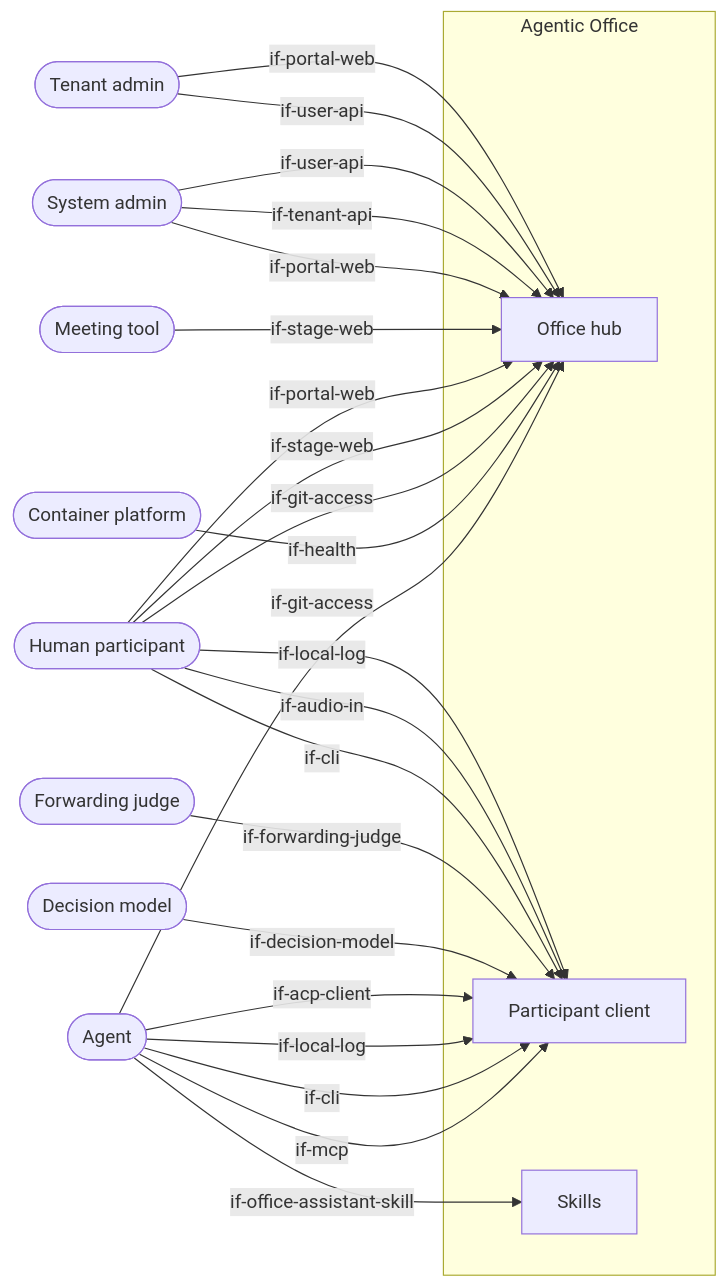
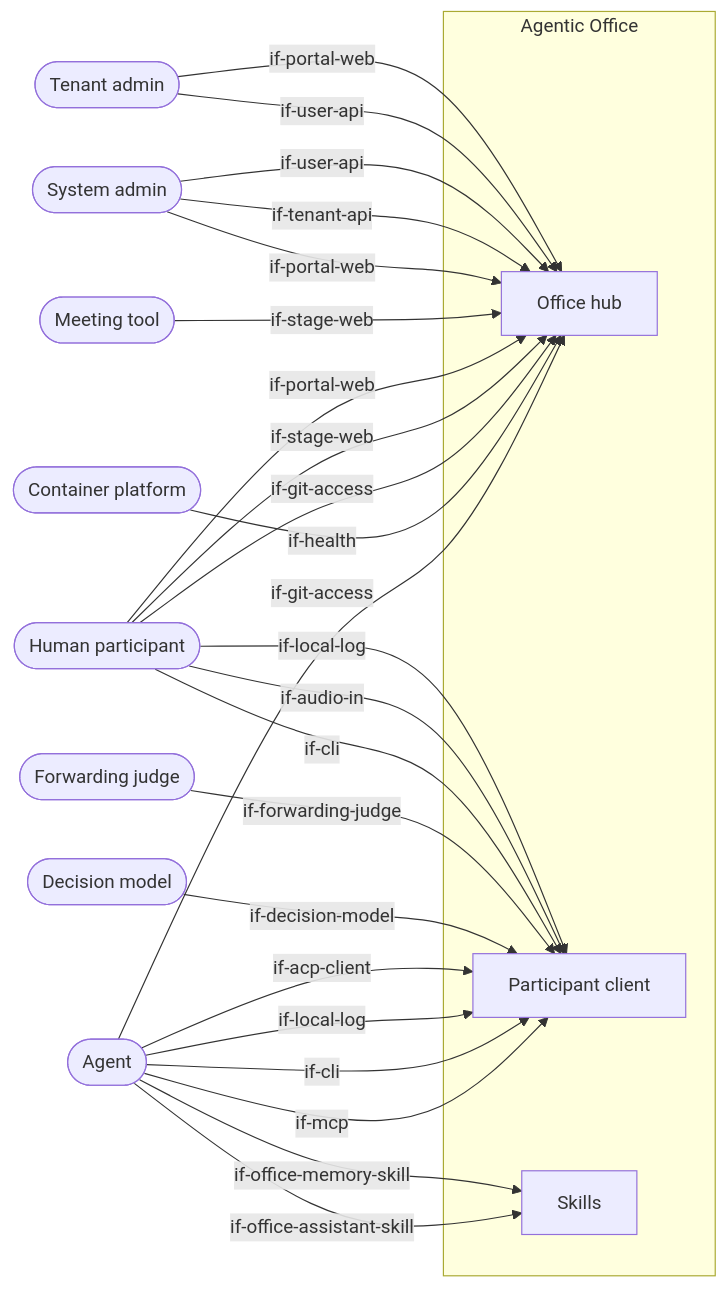
Before and after one commit to mrsimpson/agentic-office: the diagram in docs/architecture/03-system-context.arc42.md, drawn with Mermaid. The commit also changed other lines of this file and 16 other files, not shown here.

First line of the commit message:
feat(agentrunner): hand the office-memory skill to the harness (#222)

````diff
--- a/docs/architecture/03-system-context.arc42.md
+++ b/docs/architecture/03-system-context.arc42.md
@@ -20,37 +20,38 @@
 ```mermaid
 flowchart LR
     actor_agent([Agent])
     actor_container_platform([Container platform])
     actor_decision_model([Decision model])
     actor_forwarding_judge([Forwarding judge])
     actor_human([Human participant])
     actor_meeting_tool([Meeting tool])
     actor_system_admin([System admin])
     actor_tenant_admin([Tenant admin])
     subgraph office [Agentic Office]
         bb_office_hub[Office hub]
         bb_participant_client[Participant client]
         bb_skills[Skills]
     end
     actor_agent -->|if-mcp| bb_participant_client
     actor_agent -->|if-cli| bb_participant_client
     actor_agent -->|if-local-log| bb_participant_client
     actor_agent -->|if-acp-client| bb_participant_client
     actor_agent -->|if-git-access| bb_office_hub
     actor_agent -->|if-office-assistant-skill| bb_skills
+    actor_agent -->|if-office-memory-skill| bb_skills
     actor_container_platform -->|if-health| bb_office_hub
     actor_decision_model -->|if-decision-model| bb_participant_client
     actor_forwarding_judge -->|if-forwarding-judge| bb_participant_client
     actor_human -->|if-cli| bb_participant_client
     actor_human -->|if-audio-in| bb_participant_client
     actor_human -->|if-local-log| bb_participant_client
     actor_human -->|if-git-access| bb_office_hub
     actor_human -->|if-stage-web| bb_office_hub
     actor_human -->|if-portal-web| bb_office_hub
     actor_meeting_tool -->|if-stage-web| bb_office_hub
     actor_system_admin -->|if-portal-web| bb_office_hub
     actor_system_admin -->|if-tenant-api| bb_office_hub
     actor_system_admin -->|if-user-api| bb_office_hub
     actor_tenant_admin -->|if-user-api| bb_office_hub
     actor_tenant_admin -->|if-portal-web| bb_office_hub
 ```
````
